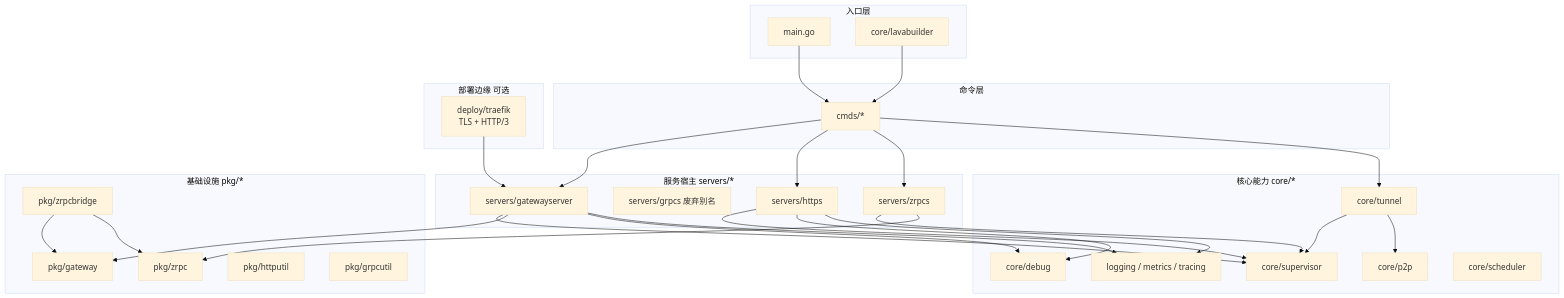
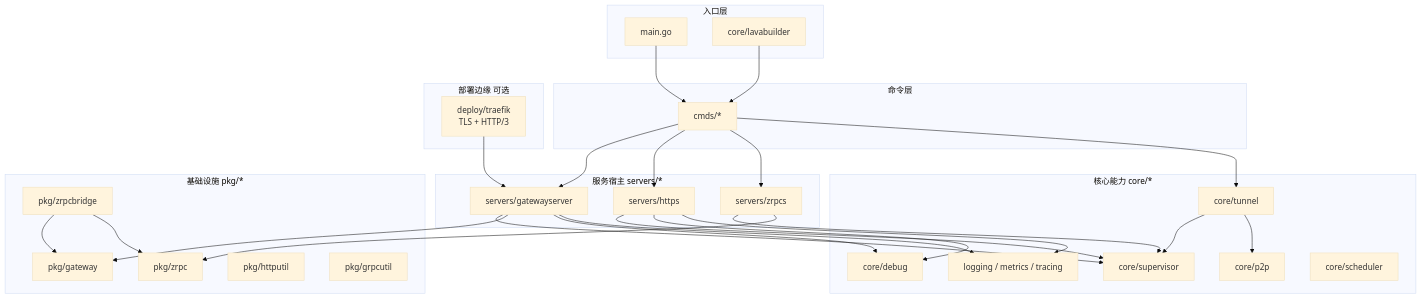
One commit to pubgo/lava changed the first of 8 diagrams in docs/architecture-v2.md. Above: the diagram before and after it, drawn with Mermaid (base theme). The commit also changed other lines of this file and 8 other files, not shown here.

First line of the commit message:
refactor: remove deprecated servers/grpcs package in v2

````diff
--- a/docs/architecture-v2.md
+++ b/docs/architecture-v2.md
@@ -8,60 +8,59 @@
 ```mermaid
 flowchart TD
     subgraph Entry[入口层]
         MAIN[main.go]
         BUILDER[core/lavabuilder]
     end
 
     subgraph Cmd[命令层]
         CMDS[cmds/*]
     end
 
     subgraph Service[服务宿主 servers/*]
         GWS[servers/gatewayserver]
-        GRPCS[servers/grpcs 废弃别名]
         HTTPS[servers/https]
         ZRPCS[servers/zrpcs]
     end
 
     subgraph Core[核心能力 core/*]
         SUP[core/supervisor]
         TUNNEL[core/tunnel]
         P2P[core/p2p]
         DBG[core/debug]
         OBS[logging / metrics / tracing]
         SCHED[core/scheduler]
     end
 
     subgraph Infra[基础设施 pkg/*]
         GW[pkg/gateway]
         ZRPC[pkg/zrpc]
         ZBRIDGE[pkg/zrpcbridge]
         HTTPU[pkg/httputil]
         GRPCU[pkg/grpcutil]
     end
 
     subgraph Edge[部署边缘 可选]
         TRAEFIK[deploy/traefik<br/>TLS + HTTP/3]
     end
 
     MAIN --> CMDS
     BUILDER --> CMDS
     CMDS --> GWS
     CMDS --> HTTPS
     CMDS --> ZRPCS
     CMDS --> TUNNEL
     GWS --> SUP
     HTTPS --> SUP
     ZRPCS --> SUP
     TUNNEL --> SUP
     GWS --> GW
     GWS --> DBG
     GWS --> OBS
     HTTPS --> DBG
     HTTPS --> OBS
     ZRPCS --> ZRPC
     ZBRIDGE --> GW
     ZBRIDGE --> ZRPC
     TUNNEL --> P2P
     TRAEFIK --> GWS
 ```
````
